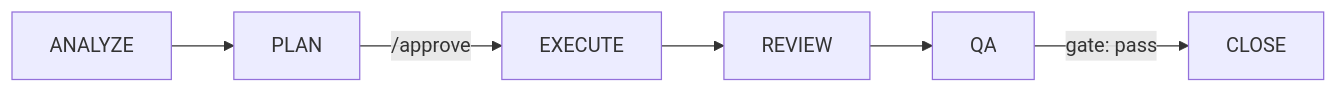
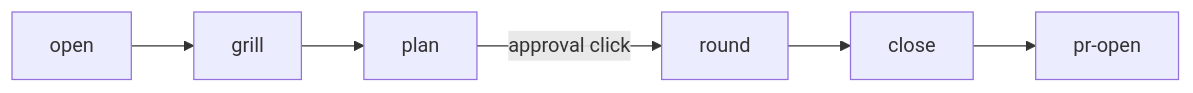
Before and after one commit to rubensrpj/mustard: the second of 2 diagrams in README.en.md, drawn with Mermaid. The commit also changed other lines of this file and 2 other files, not shown here.

````diff
--- a/README.en.md
+++ b/README.en.md
@@ -91,8 +91,8 @@
 ```mermaid
 flowchart LR
-    A["ANALYZE"] --> P["PLAN"]
-    P -->|/approve| E["EXECUTE"]
-    E --> R["REVIEW"]
-    R --> Q["QA"]
-    Q -->|gate: pass| C["CLOSE"]
+    A["open"] --> G["grill"]
+    G --> P["plan"]
+    P -->|approval click| R["round"]
+    R --> C["close"]
+    C --> PR["pr-open"]
 ```
````
